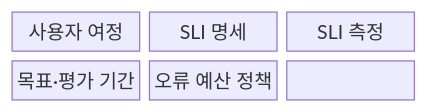
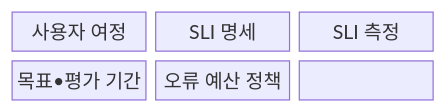
Before and after one commit to agnusdei1207/knowledge-base: the first of 2 diagrams in src/content/docs/notes/08-latest-tech/173_slo.md, drawn with Mermaid. The commit also changed other lines of this file and 953 other files, not shown here.

````diff
--- a/src/content/docs/notes/08-latest-tech/173_slo.md
+++ b/src/content/docs/notes/08-latest-tech/173_slo.md
@@ -69,11 +69,11 @@
 ```mermaid
 block-beta
   columns 3
   N0["사용자 여정"]
   N1["SLI 명세"]
   N2["SLI 측정"]
-  N3["목표·평가 기간"]
+  N3["목표•평가 기간"]
   N4["오류 예산 정책"]
   N0 --- N1 --- N2
   N2 --- N3 --- N4
 ```
````
